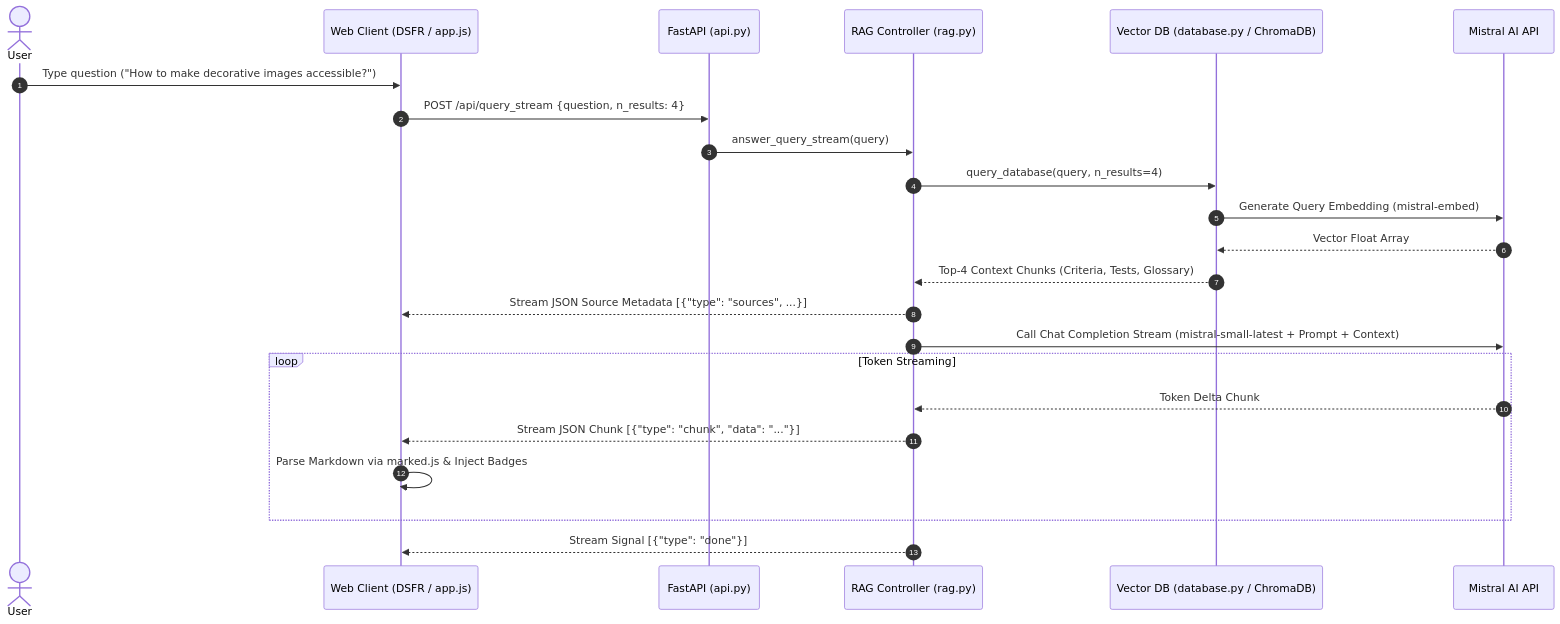
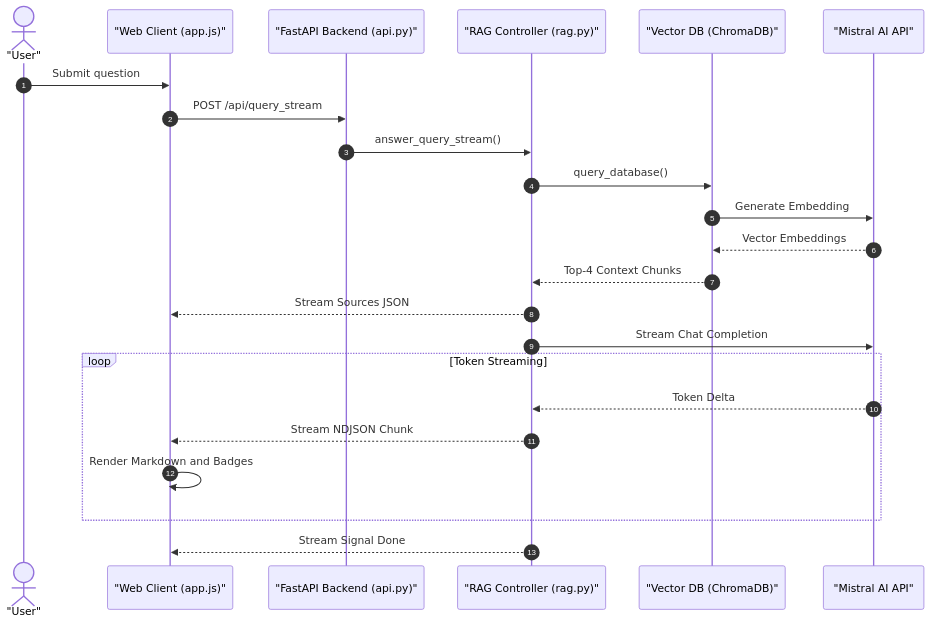
The second of 4 diagrams in README.md (thomasburgalat/rgaa-rag), drawn with Mermaid before and after one commit. The commit also changed other lines of this file, not shown here.

````diff
--- a/README.md
+++ b/README.md
@@ -73,26 +73,26 @@
 ```mermaid
 sequenceDiagram
     autonumber
-    actor User
-    participant Frontend as Web Client (DSFR / app.js)
-    participant API as FastAPI (api.py)
-    participant RAG as RAG Controller (rag.py)
-    participant DB as Vector DB (database.py / ChromaDB)
-    participant Mistral as Mistral AI API
+    actor UserEN as "User"
+    participant FrontendEN as "Web Client (app.js)"
+    participant APIEN as "FastAPI Backend (api.py)"
+    participant RAGEN as "RAG Controller (rag.py)"
+    participant DBEN as "Vector DB (ChromaDB)"
+    participant MistralEN as "Mistral AI API"
 
-    User->>Frontend: Type question ("How to make decorative images accessible?")
-    Frontend->>API: POST /api/query_stream {question, n_results: 4}
-    API->>RAG: answer_query_stream(query)
-    RAG->>DB: query_database(query, n_results=4)
-    DB->>Mistral: Generate Query Embedding (mistral-embed)
-    Mistral-->>DB: Vector Float Array
-    DB-->>RAG: Top-4 Context Chunks (Criteria, Tests, Glossary)
-    RAG-->>Frontend: Stream JSON Source Metadata [{"type": "sources", ...}]
-    RAG->>Mistral: Call Chat Completion Stream (mistral-small-latest + Prompt + Context)
+    UserEN->>FrontendEN: Submit question
+    FrontendEN->>APIEN: POST /api/query_stream
+    APIEN->>RAGEN: answer_query_stream()
+    RAGEN->>DBEN: query_database()
+    DBEN->>MistralEN: Generate Embedding
+    MistralEN-->>DBEN: Vector Embeddings
+    DBEN-->>RAGEN: Top-4 Context Chunks
+    RAGEN-->>FrontendEN: Stream Sources JSON
+    RAGEN->>MistralEN: Stream Chat Completion
     loop Token Streaming
-        Mistral-->>RAG: Token Delta Chunk
-        RAG-->>Frontend: Stream JSON Chunk [{"type": "chunk", "data": "..."}]
-        Frontend->>Frontend: Parse Markdown via marked.js & Inject Badges
+        MistralEN-->>RAGEN: Token Delta
+        RAGEN-->>FrontendEN: Stream NDJSON Chunk
+        FrontendEN->>FrontendEN: Render Markdown and Badges
     end
-    RAG-->>Frontend: Stream Signal [{"type": "done"}]
+    RAGEN-->>FrontendEN: Stream Signal Done
 ```
````
